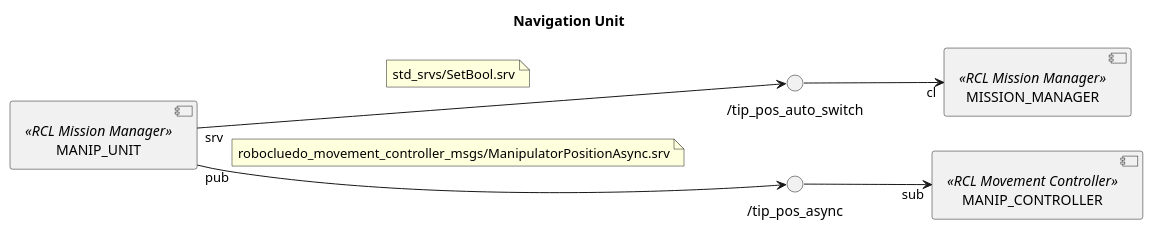
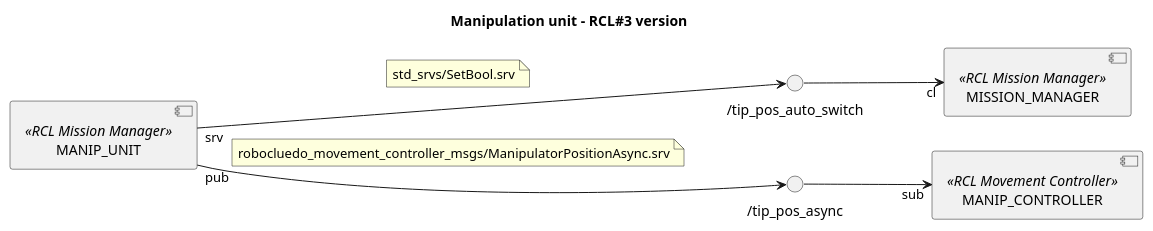
The seventh of 7 diagrams in robocluedo_mission_manager/_uml/diagrams.md (programmatoroSeduto/ExperimentalRoboticsLab-Assignment-3), drawn with PlantUML before and after one commit. The commit also changed other lines of this file and 449 other files, not shown here.

````diff
--- a/robocluedo_mission_manager/_uml/diagrams.md
+++ b/robocluedo_mission_manager/_uml/diagrams.md
@@ -199,33 +189,33 @@
 ```{uml}
 @startuml
 
-title Navigation Unit
+title Manipulation unit - RCL#3 version
 left to right direction
 
 ''' COMPONENTS
 component MISSION_MANAGER <<RCL Mission Manager>>
 component MANIP_UNIT <<RCL Mission Manager>>
 component MANIP_CONTROLLER <<RCL Movement Controller>>
 
 ''' INTERFACES
 /'
 () "/tip_pos" as SRV_MANIP
 MANIP_CONTROLLER "srv" --> SRV_MANIP
 note on link: robocluedo_movement_controller_msgs/ManipulatorPosition.srv
 SRV_MANIP --> "cl" MANIP_UNIT
 '/
 
 () "/tip_pos_auto_switch" as SRV_MANIP_RANDOM
 MANIP_UNIT "srv" --> SRV_MANIP_RANDOM
 note on link: std_srvs/SetBool.srv
 
 () "/tip_pos_async" as TOPIC_MANIP_ASYNC
 MANIP_UNIT "pub" --> TOPIC_MANIP_ASYNC
 note on link: robocluedo_movement_controller_msgs/ManipulatorPositionAsync.srv
 
 ''' LINKS
 SRV_MANIP_RANDOM --> "cl" MISSION_MANAGER
 TOPIC_MANIP_ASYNC --> "sub" MANIP_CONTROLLER
 
 @enduml
 ```
````
